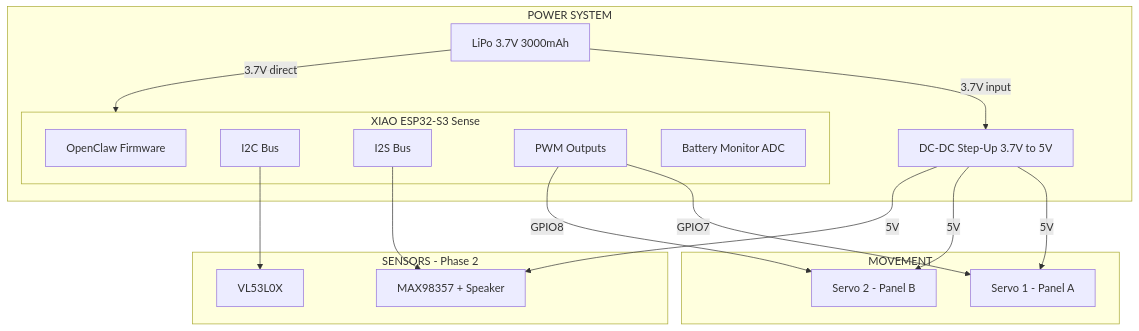
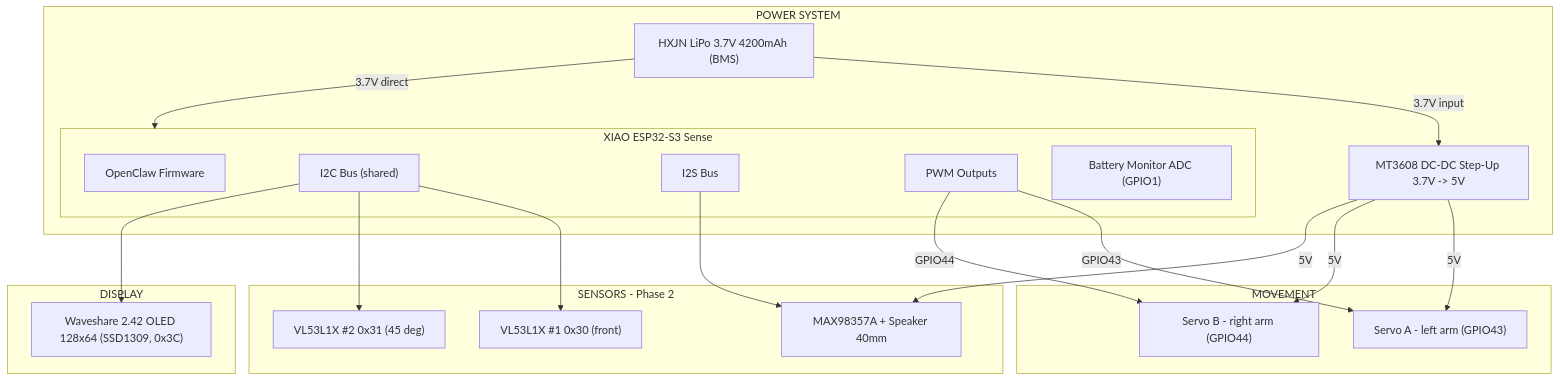
Before and after one commit to zabbix-byte/real-tars: the second of 7 diagrams in PHASE3_MUSCLES.md, drawn with Mermaid. The commit also changed other lines of this file and 6 other files, not shown here.

````diff
--- a/PHASE3_MUSCLES.md
+++ b/PHASE3_MUSCLES.md
@@ -50,35 +54,42 @@
 ```mermaid
 graph TB
     subgraph POWER["POWER SYSTEM"]
-        BATT["LiPo 3.7V 3000mAh"]
-        STEP["DC-DC Step-Up 3.7V to 5V"]
+        BATT["HXJN LiPo 3.7V 4200mAh (BMS)"]
+        STEP["MT3608 DC-DC Step-Up 3.7V -> 5V"]
         BATT -->|"3.7V direct"| ESP
         BATT -->|"3.7V input"| STEP
     end
 
     subgraph ESP["XIAO ESP32-S3 Sense"]
         OC["OpenClaw Firmware"]
-        I2C["I2C Bus"]
+        I2C["I2C Bus (shared)"]
         I2S["I2S Bus"]
         PWM_OUT["PWM Outputs"]
-        BAT_MON["Battery Monitor ADC"]
+        BAT_MON["Battery Monitor ADC (GPIO1)"]
     end
 
     subgraph ACTUATORS["MOVEMENT"]
-        S1["Servo 1 - Panel A"]
-        S2["Servo 2 - Panel B"]
+        S1["Servo A - left arm (GPIO43)"]
+        S2["Servo B - right arm (GPIO44)"]
+    end
+
+    subgraph DISPLAY["DISPLAY"]
+        OLED["Waveshare 2.42 OLED 128x64 (SSD1309, 0x3C)"]
     end
 
     subgraph SENSORS["SENSORS - Phase 2"]
-        VL["VL53L0X"]
-        AMP["MAX98357 + Speaker"]
+        VL1["VL53L1X #1 0x30 (front)"]
+        VL2["VL53L1X #2 0x31 (45 deg)"]
+        AMP["MAX98357A + Speaker 40mm"]
     end
 
     STEP -->|"5V"| S1
     STEP -->|"5V"| S2
     STEP -->|"5V"| AMP
-    PWM_OUT -->|"GPIO7"| S1
-    PWM_OUT -->|"GPIO8"| S2
-    I2C --> VL
+    PWM_OUT -->|"GPIO43"| S1
+    PWM_OUT -->|"GPIO44"| S2
+    I2C --> VL1
+    I2C --> VL2
+    I2C --> OLED
     I2S --> AMP
 ```
````
